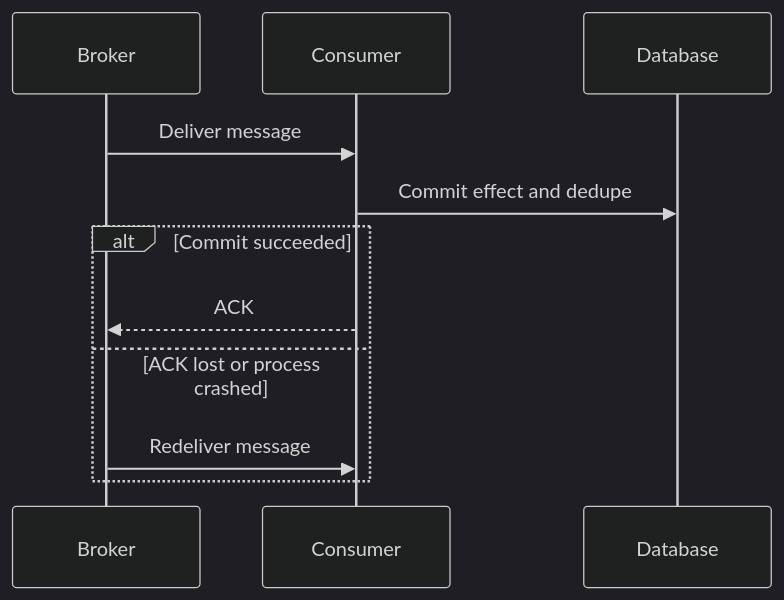
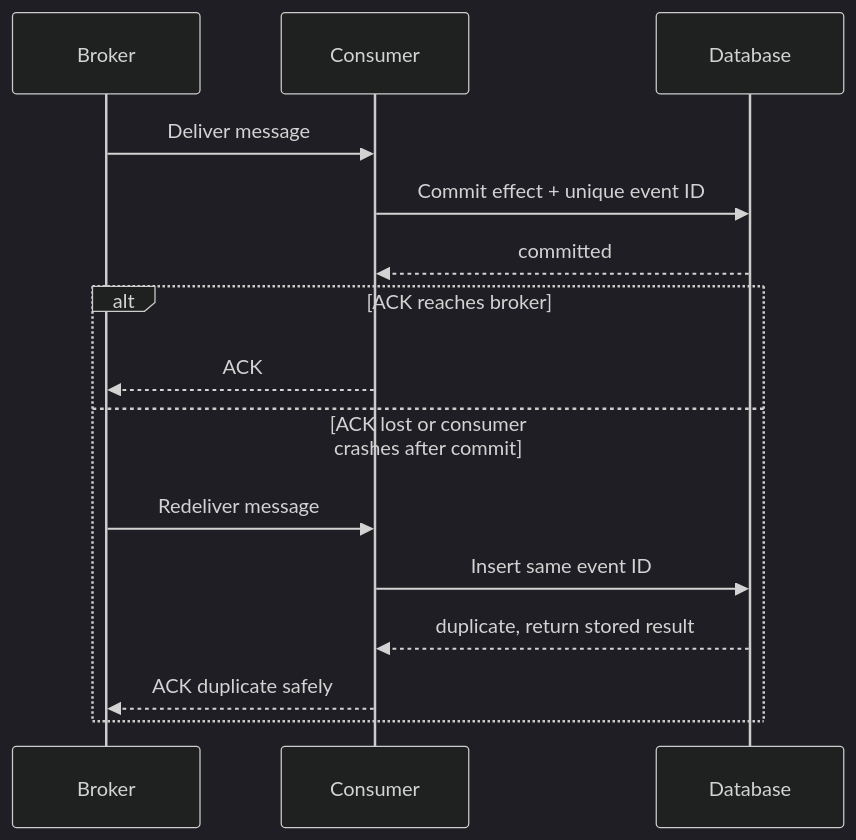
The diagram in app/book/chapter07.md (lu-xury/agent-backend-textbook), drawn with Mermaid (dark theme) before and after one commit. The commit also changed 17 other files, not shown here.

First line of the commit message:
审核全书概念、图表与伪代码

````diff
--- a/app/book/chapter07.md
+++ b/app/book/chapter07.md
@@ -45,13 +45,17 @@
 ```mermaid
 sequenceDiagram
   participant B as Broker
   participant C as Consumer
   participant D as Database
   B->>C: Deliver message
-  C->>D: Commit effect and dedupe
-  alt Commit succeeded
+  C->>D: Commit effect + unique event ID
+  D-->>C: committed
+  alt ACK reaches broker
     C-->>B: ACK
-  else ACK lost or process crashed
+  else ACK lost or consumer crashes after commit
     B->>C: Redeliver message
+    C->>D: Insert same event ID
+    D-->>C: duplicate, return stored result
+    C-->>B: ACK duplicate safely
   end
 ```
````
